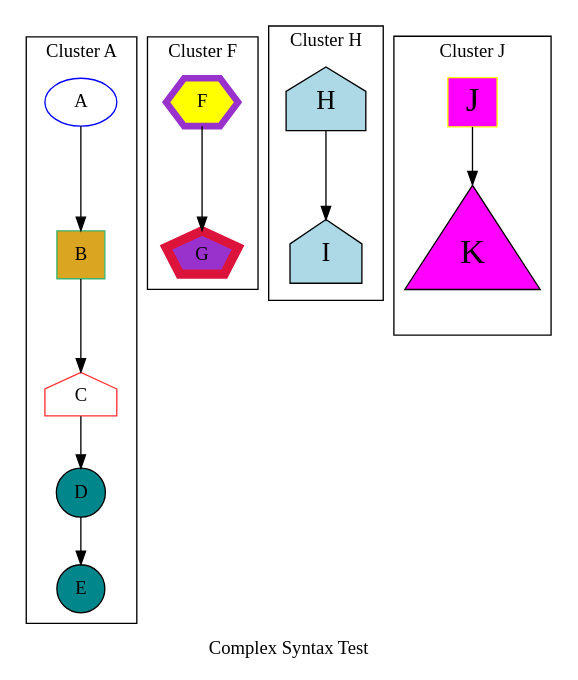
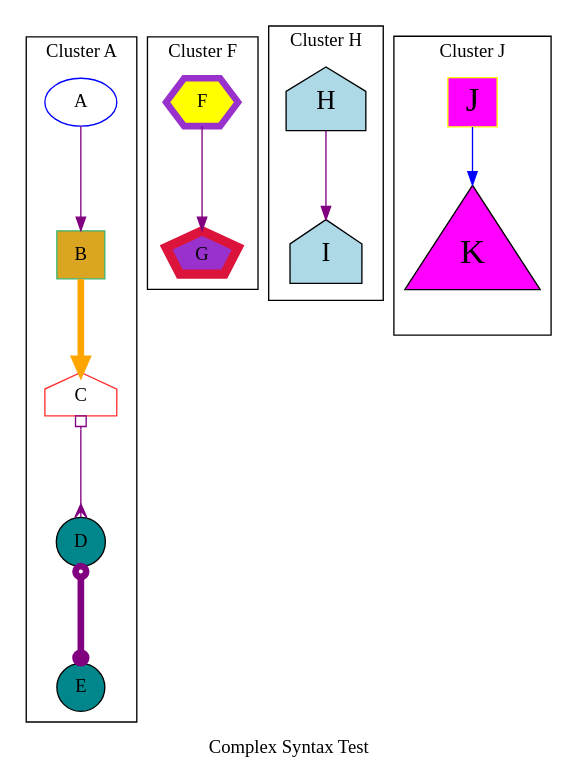
The diagram in data/13.clusters.out.gv (graphviz-perl/GraphViz2-Marpa-PathUtils), drawn with Graphviz before and after one commit. The commit also changed 8 other files, not shown here.

```diff
--- a/data/13.clusters.out.gv
+++ b/data/13.clusters.out.gv
@@ -1,49 +1,49 @@
 strict digraph graph_55
 {
 graph [ label="Complex Syntax Test" rankdir="TB" ]
 
 subgraph "cluster A"
 {
 graph [ label="Cluster A" rankdir="TB" ]
 
 "A" [ color="blue" ]
 "B" [ color="mediumseagreen" fillcolor="goldenrod" shape="square" style="filled" ]
-"A" -> "B" [ label="" ]
+"A" -> "B" [ color="purple" label="" ]
 "B" [ color="mediumseagreen" fillcolor="goldenrod" shape="square" style="filled" ]
 "C" [ color="firebrick1" shape="house" ]
-"B" -> "C" [ label="" ]
+"B" -> "C" [ color="orange" label="" penwidth="5" ]
 "C" [ color="firebrick1" shape="house" ]
 "D" [ fillcolor="turquoise4" shape="circle" style="filled" ]
-"C" -> "D" [ label="" ]
+"C" -> "D" [ arrowhead="crow" arrowtail="obox" color="purple" dir="both" label="" minlen="2" ]
 "D" [ fillcolor="turquoise4" shape="circle" style="filled" ]
 "E" [ fillcolor="turquoise4" shape="circle" style="filled" ]
-"D" -> "E" [ label="" ]
+"D" -> "E" [ arrowhead="dot" arrowtail="odot" color="purple" dir="both" label="" minlen="2" penwidth="5" ]
 }
 
 subgraph "cluster F"
 {
 graph [ label="Cluster F" rankdir="TB" ]
 
 "F" [ color="darkorchid" fillcolor="yellow" penwidth="5" shape="hexagon" style="filled" ]
 "G" [ color="crimson" fillcolor="darkorchid" penwidth="7" shape="pentagon" style="filled" ]
-"F" -> "G" [ label="" ]
+"F" -> "G" [ color="purple" label="" ]
 }
 
 subgraph "cluster H"
 {
 graph [ label="Cluster H" rankdir="TB" ]
 
 "H" [ fillcolor="lightblue" fontsize="20" shape="house" style="filled" ]
 "I" [ fillcolor="lightblue" fontsize="20" shape="house" style="filled" ]
-"H" -> "I" [ label="" ]
+"H" -> "I" [ color="purple" label="" ]
 }
 
 subgraph "cluster J"
 {
 graph [ label="Cluster J" rankdir="TB" ]
 
 "J" [ color="yellow" fillcolor="magenta" fontsize="26" shape="square" style="filled" ]
 "K" [ fillcolor="magenta" fontsize="26" shape="triangle" style="filled" ]
-"J" -> "K" [ label="" ]
+"J" -> "K" [ color="blue" label="" ]
 }
 }
```
